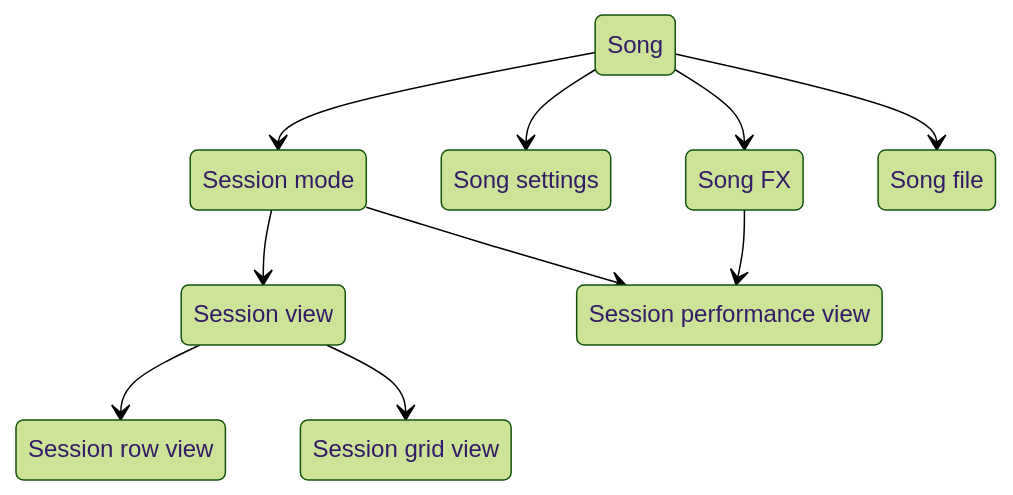
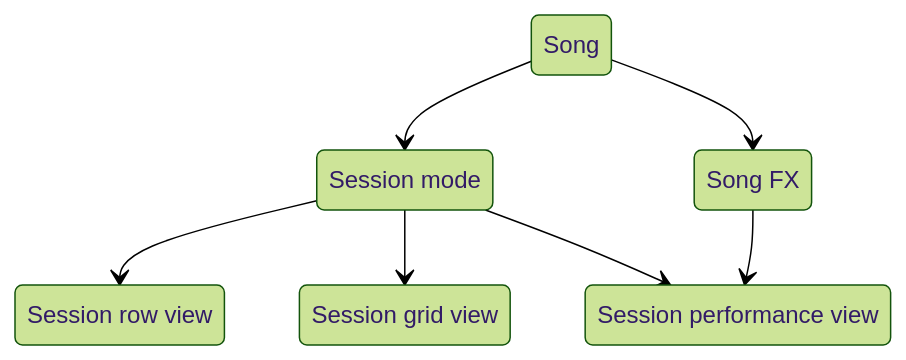
Before and after one commit to SynthstromAudible/DelugeFirmware: diagram 11 of 16 in website/src/content/docs/manual/introduction/concepts.mdx, drawn with Mermaid (forest theme). The commit also changed other lines of this file and 1 other file, not shown here.

````diff
--- a/website/src/content/docs/manual/introduction/concepts.mdx
+++ b/website/src/content/docs/manual/introduction/concepts.mdx
@@ -364,21 +355,15 @@
 ```mermaid
 stateDiagram-v2
   Song --> SessionMode
-  SessionMode --> SessionView
-  SessionView --> SessionRowView
-  SessionView --> SessionGridView
+  SessionMode --> SessionRowView
+  SessionMode --> SessionGridView
   SessionMode --> SessionPerformanceView
-  Song --> SongSettings
   Song --> SongFX
-  Song --> SongFile
   SongFX --> SessionPerformanceView
 
-  SongSettings: Song settings
   SongFX: Song FX
-  SongFile: Song file
   SessionMode: Session mode
-  SessionView: Session view
   SessionRowView: Session row view
   SessionGridView: Session grid view
   SessionPerformanceView: Session performance view
 ```
````
